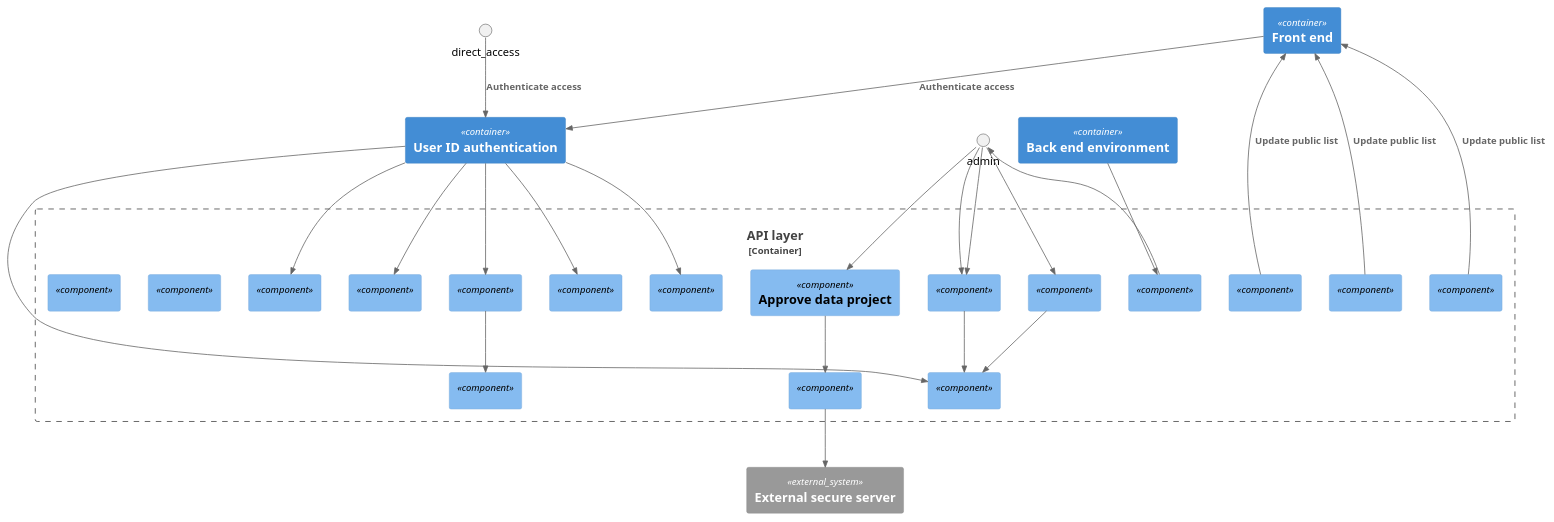
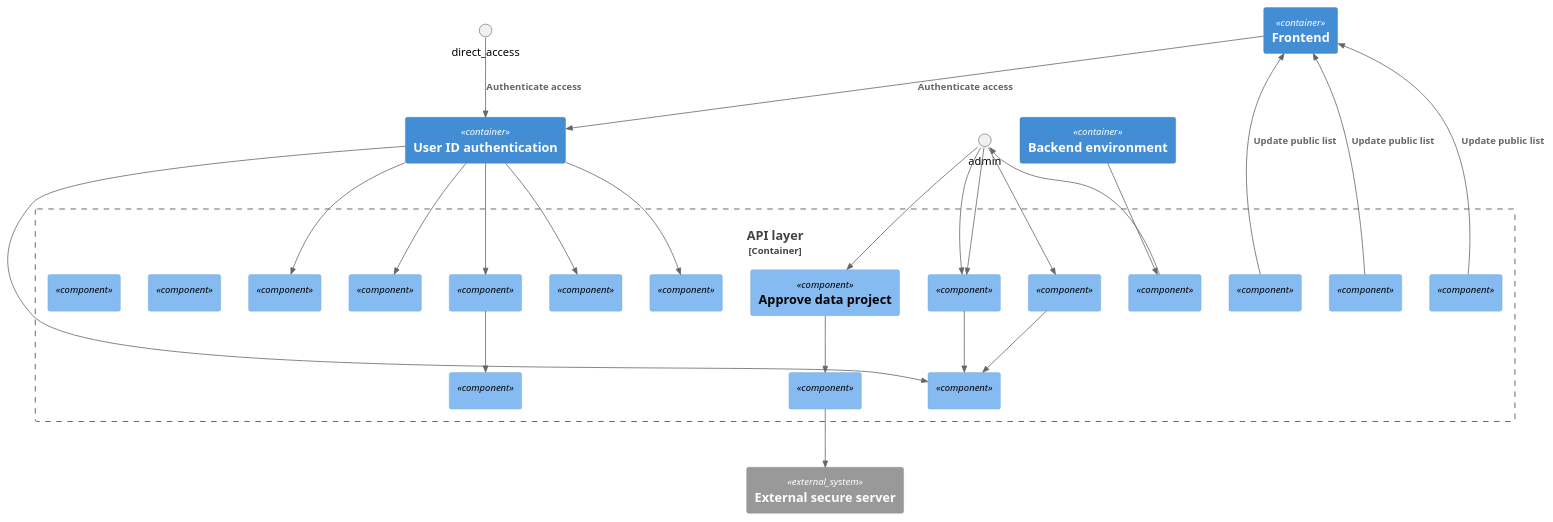
The diagram in design/images/component-api-and-auth.puml (seedcase-project/seedcase-website), drawn with PlantUML before and after one commit. The commit also changed 9 other files, not shown here.

First line of the commit message:
Standardize frontend and backend

```diff
--- a/design/images/component-api-and-auth.puml
+++ b/design/images/component-api-and-auth.puml
@@ -1,64 +1,64 @@
 @startuml component-api-and-auth
 ' C4 Component diagram for the API and Authentication modules
 !include https://raw.githubusercontent.com/plantuml-stdlib/C4-PlantUML/master/C4_Component.puml
 
-Container(frontend, "Front end")
-Container(bee, "Back end environment")
+Container(frontend, "Frontend")
+Container(bee, "Backend environment")
 Container(uia, "User ID authentication")
 System_Ext(external_server, "External secure server")
 
 Container_Boundary(api, "API layer") {
   ' Data projects
   Component(post_update_project, "", $descr="")
   Component(approve_project, "Approve data project", $descr="")
   Component(get_projects, "", $descr="")
 
   ' Variable metadata
   Component(get_metadata, "", $descr="")
   Component(post_update_metadata, "", $descr="")
 
   Component(post_update_user, "", $descr="")
   Component(approve_user, "", $descr="")
   Component(assign_user_roles, "", $descr="")
 
   Component(get_changelog, "", $descr="")
   Component(post_update_changelog, "", $descr="")
 
   Component(post_update_data_to_db, "", $descr="")
   Component(post_update_data_raw, "", $descr="")
   Component(process_data_raw_to_db, "", $descr="")
   Component(get_data, "", $descr="")
   Component(send_data, "", $descr="")
 
   Component(qc_general, "", $descr="")
   Component(qc_plugins, "", $descr="")
 }
 
 Rel(direct_access, uia, "Authenticate access")
 Rel(frontend, uia, "Authenticate access")
 
 Rel(get_projects, frontend, "Update public list")
 Rel(get_metadata, frontend, "Update public list")
 Rel(get_changelog, frontend, "Update public list")
 
 Rel(admin, approve_project, "")
 Rel(admin, approve_user, "")
 Rel(admin, assign_user_roles, "")
 Rel(uia, post_update_user, "")
 Rel(approve_user, post_update_user, "")
 Rel(assign_user_roles, post_update_user, "")
 Rel(admin, assign_user_roles, "")
 Rel(bee, get_data, "")
 Rel(get_data, admin, "")
 
 Rel(approve_project, send_data, "")
 Rel(send_data, external_server, "")
 
 Rel(uia, post_update_project, "")
 Rel(uia, post_update_metadata, "")
 Rel(uia, post_update_changelog, "")
 Rel(uia, post_update_data_to_db, "")
 Rel(uia, post_update_data_raw, "")
 Rel(post_update_data_raw, process_data_raw_to_db, "")
 
 @enduml
```
